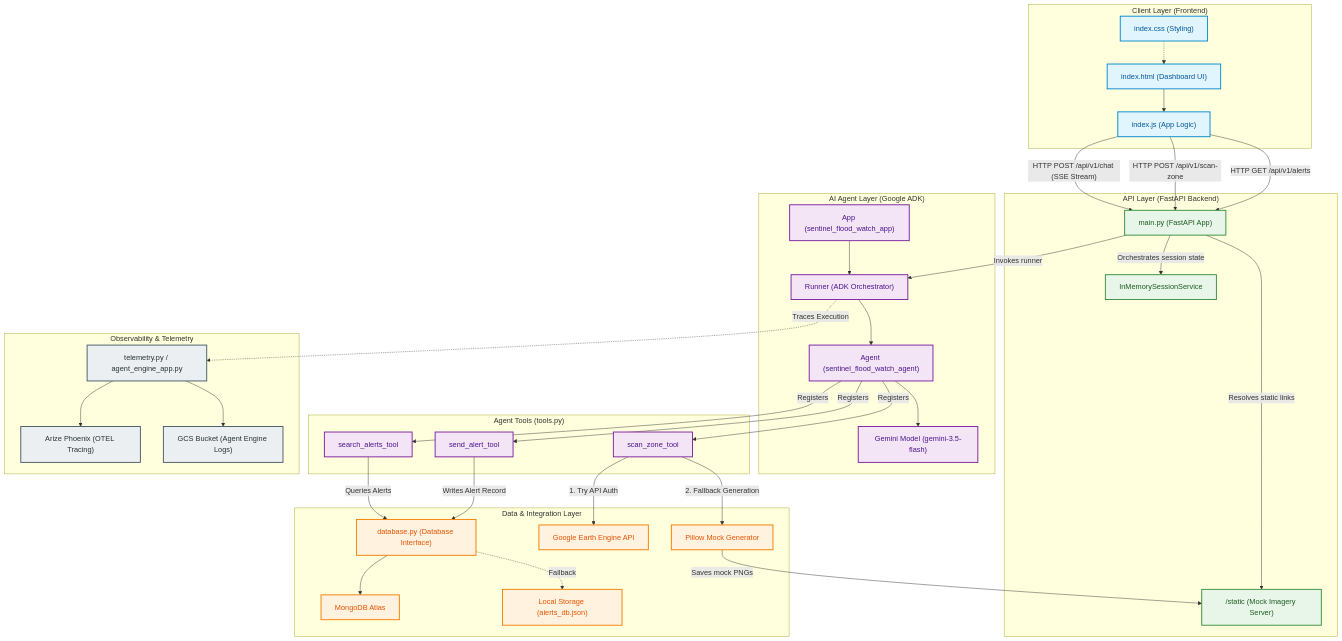
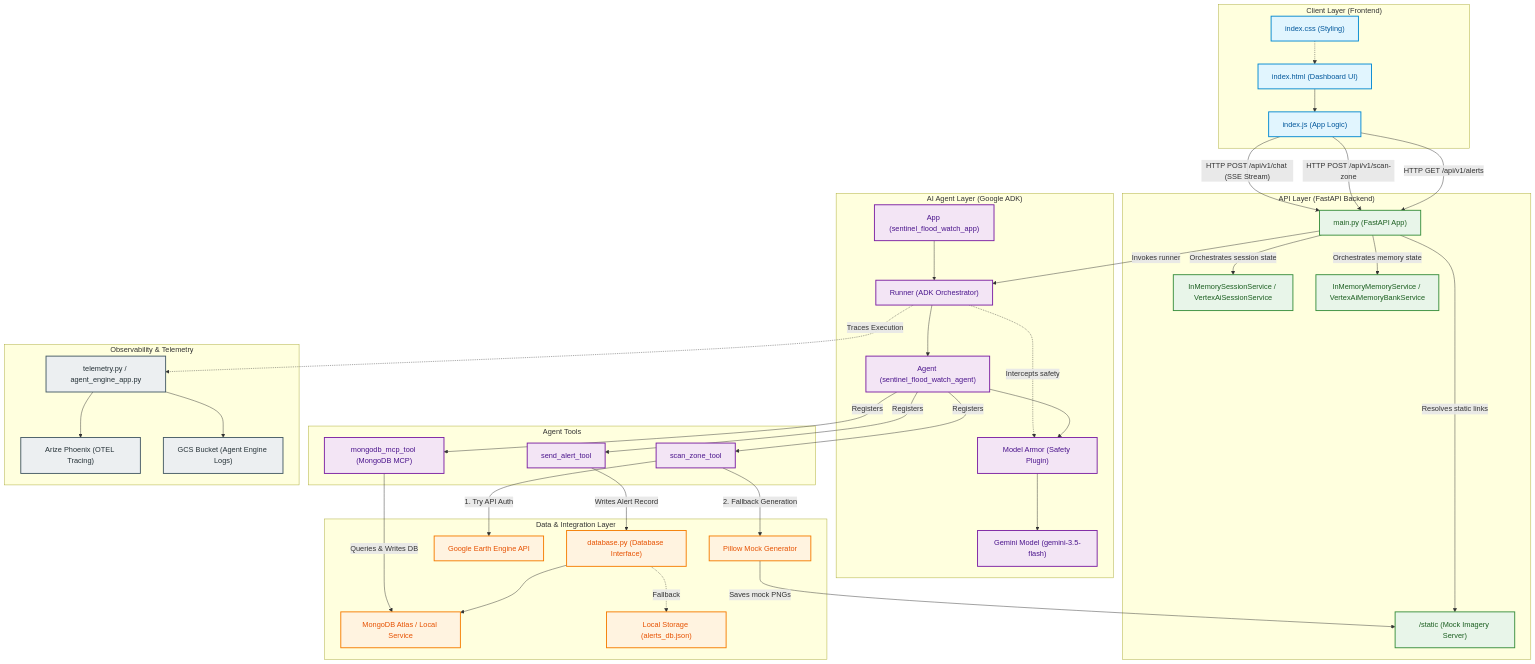
Before and after one commit to Hou-dini/sentinel-flood-watch: the diagram in architecture_diagram.md, drawn with Mermaid. The commit also changed other lines of this file and 2 other files, not shown here.

Commit message:
docs: update writeup, design spec, and architecture diagrams with persistent session/memory and Model Armor security guardrails

````diff
--- a/architecture_diagram.md
+++ b/architecture_diagram.md
@@ -28,7 +28,8 @@
     subgraph Backend ["API Layer (FastAPI Backend)"]
         API["main.py (FastAPI App)"]:::backend
         Static["/static (Mock Imagery Server)"]:::backend
-        Session["InMemorySessionService"]:::backend
+        Session["InMemorySessionService / VertexAiSessionService"]:::backend
+        Memory["InMemoryMemoryService / VertexAiMemoryBankService"]:::backend
     end
 
     %% Agent Components
@@ -37,23 +38,25 @@
         ADKRunner["Runner (ADK Orchestrator)"]:::agent
         Agent["Agent (sentinel_flood_watch_agent)"]:::agent
         Model["Gemini Model (gemini-3.5-flash)"]:::agent
+        MA["Model Armor (Safety Plugin)"]:::agent
         
         ADKApp --> ADKRunner
         ADKRunner --> Agent
-        Agent --> Model
+        Agent --> MA
+        MA --> Model
     end
 
     %% Tools Components
-    subgraph Tools ["Agent Tools (tools.py)"]
+    subgraph Tools ["Agent Tools"]
         ScanTool["scan_zone_tool"]:::agent
         SendTool["send_alert_tool"]:::agent
-        SearchTool["search_alerts_tool"]:::agent
+        MCPTool["mongodb_mcp_tool (MongoDB MCP)"]:::agent
     end
 
     %% Data Components
     subgraph Data ["Data & Integration Layer"]
         DB["database.py (Database Interface)"]:::data
-        Mongo["MongoDB Atlas"]:::data
+        Mongo["MongoDB Atlas / Local Service"]:::data
         JSON["Local Storage (alerts_db.json)"]:::data
         GEE["Google Earth Engine API"]:::data
         Pillow["Pillow Mock Generator"]:::data
@@ -79,18 +82,20 @@
     
     API -- "Resolves static links" --> Static
     API -- "Orchestrates session state" --> Session
+    API -- "Orchestrates memory state" --> Memory
     API -- "Invokes runner" --> ADKRunner
     
     Agent -- "Registers" --> ScanTool
     Agent -- "Registers" --> SendTool
-    Agent -- "Registers" --> SearchTool
+    Agent -- "Registers" --> MCPTool
     
     ScanTool -- "1. Try API Auth" --> GEE
     ScanTool -- "2. Fallback Generation" --> Pillow
     Pillow -- "Saves mock PNGs" --> Static
     
     SendTool -- "Writes Alert Record" --> DB
-    SearchTool -- "Queries Alerts" --> DB
+    MCPTool -- "Queries & Writes DB" --> Mongo
     
     ADKRunner -. "Traces Execution" .-> Tel
+    ADKRunner -. "Intercepts safety" .-> MA
 ```
````
